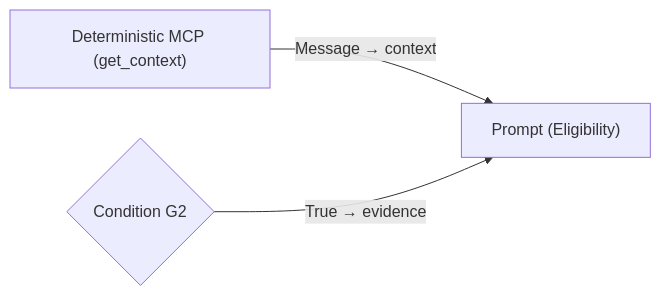
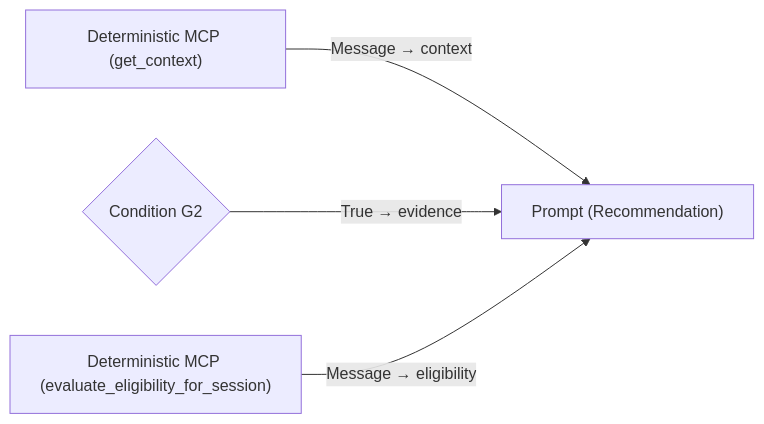
Before and after one commit to vmleon/oracle-database-private-agent-factory-poc: diagram 18 of 20 in paf/flows/CHAT_WORKFLOW.md, drawn with Mermaid. The commit also changed other lines of this file and 4 other files, not shown here.

Commit message:
feat(paf): add deterministic eligibility node, send CSRF origin

````diff
--- a/paf/flows/CHAT_WORKFLOW.md
+++ b/paf/flows/CHAT_WORKFLOW.md
@@ -427,5 +456,6 @@
 ```mermaid
 flowchart LR
-    GC["Deterministic MCP (get_context)"] -->|Message → context| P["Prompt (Eligibility)"]
+    GC["Deterministic MCP (get_context)"] -->|Message → context| P["Prompt (Recommendation)"]
     G2{"Condition G2"} -->|True → evidence| P
+    GE["Deterministic MCP (evaluate_eligibility_for_session)"] -->|Message → eligibility| P
 ```
````
